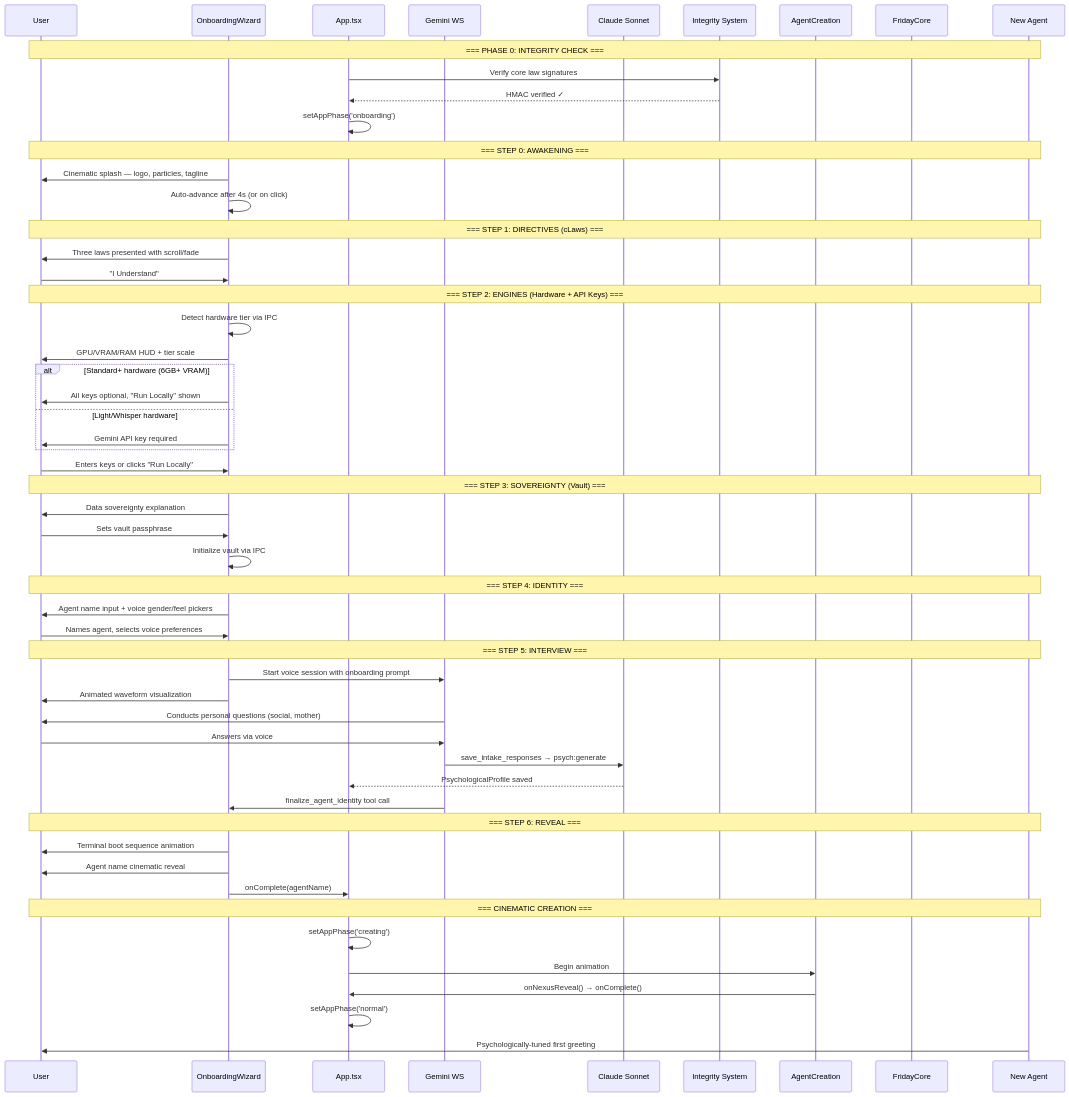
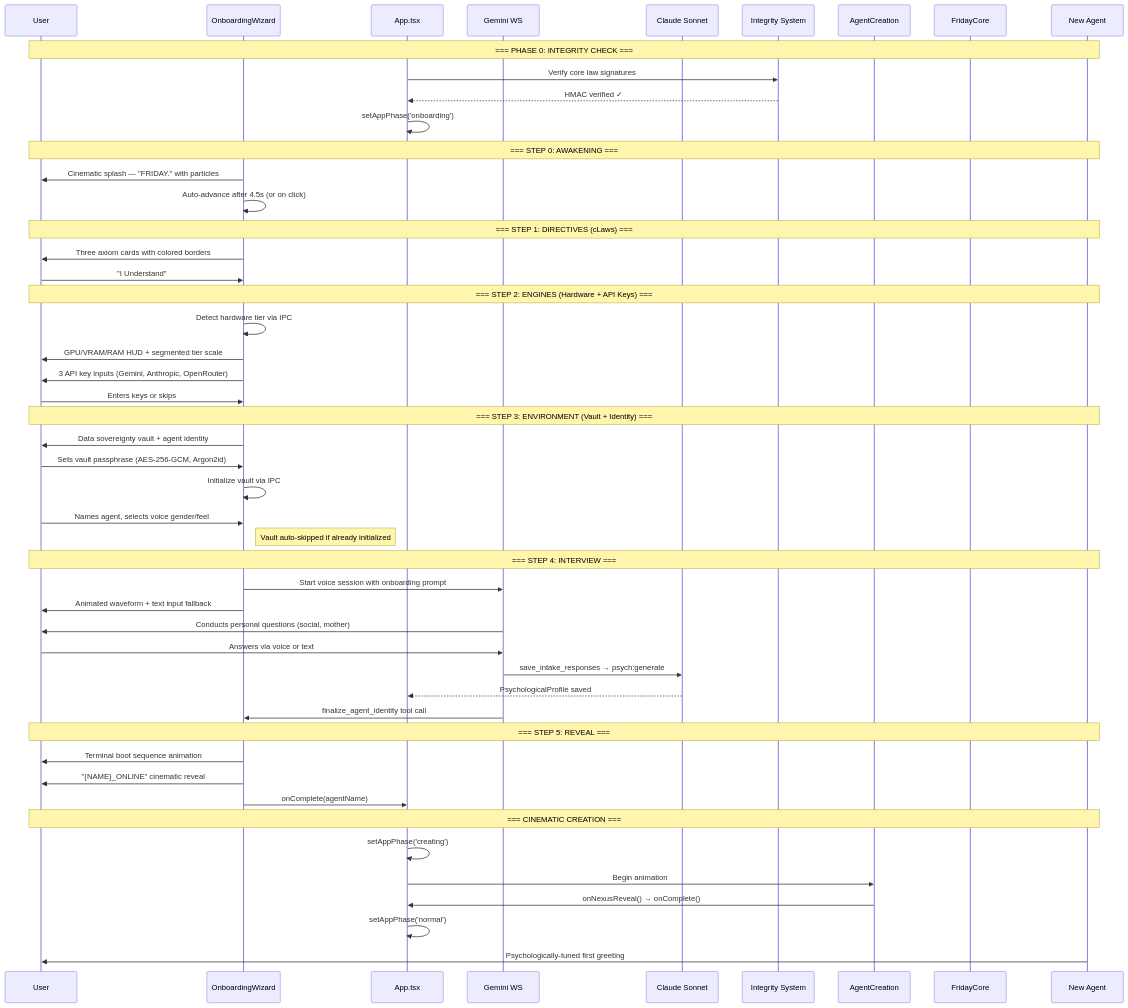
One commit to FutureSpeakAI/Agent-Friday changed diagram 13 of 19 in ARCHITECTURE.md. Above: the diagram before and after it, drawn with Mermaid. The commit also changed other lines of this file and 24 other files, not shown here.

First line of the commit message:
v3.5.0: Trust-First Onboarding — 8-step cinematic redesign

````diff
--- a/ARCHITECTURE.md
+++ b/ARCHITECTURE.md
@@ -1104,65 +1104,59 @@
 ```mermaid
 sequenceDiagram
     participant User
     participant Wizard as OnboardingWizard
     participant App as App.tsx
     participant Gemini as Gemini WS
     participant Claude as Claude Sonnet
     participant Integrity as Integrity System
     participant Creation as AgentCreation
     participant Friday as FridayCore
     participant Agent as New Agent
 
     Note over User, Agent: === PHASE 0: INTEGRITY CHECK ===
     App ->> Integrity: Verify core law signatures
     Integrity -->> App: HMAC verified ✓
     App ->> App: setAppPhase('onboarding')
 
     Note over User, Agent: === STEP 0: AWAKENING ===
-    Wizard ->> User: Cinematic splash — logo, particles, tagline
-    Wizard ->> Wizard: Auto-advance after 4s (or on click)
+    Wizard ->> User: Cinematic splash — "FRIDAY." with particles
+    Wizard ->> Wizard: Auto-advance after 4.5s (or on click)
 
     Note over User, Agent: === STEP 1: DIRECTIVES (cLaws) ===
-    Wizard ->> User: Three laws presented with scroll/fade
+    Wizard ->> User: Three axiom cards with colored borders
     User ->> Wizard: "I Understand"
 
     Note over User, Agent: === STEP 2: ENGINES (Hardware + API Keys) ===
     Wizard ->> Wizard: Detect hardware tier via IPC
-    Wizard ->> User: GPU/VRAM/RAM HUD + tier scale
-    alt Standard+ hardware (6GB+ VRAM)
-        Wizard ->> User: All keys optional, "Run Locally" shown
-    else Light/Whisper hardware
-        Wizard ->> User: Gemini API key required
-    end
-    User ->> Wizard: Enters keys or clicks "Run Locally"
+    Wizard ->> User: GPU/VRAM/RAM HUD + segmented tier scale
+    Wizard ->> User: 3 API key inputs (Gemini, Anthropic, OpenRouter)
+    User ->> Wizard: Enters keys or skips
 
-    Note over User, Agent: === STEP 3: SOVEREIGNTY (Vault) ===
-    Wizard ->> User: Data sovereignty explanation
-    User ->> Wizard: Sets vault passphrase
+    Note over User, Agent: === STEP 3: ENVIRONMENT (Vault + Identity) ===
+    Wizard ->> User: Data sovereignty vault + agent identity
+    User ->> Wizard: Sets vault passphrase (AES-256-GCM, Argon2id)
     Wizard ->> Wizard: Initialize vault via IPC
+    User ->> Wizard: Names agent, selects voice gender/feel
+    Note right of Wizard: Vault auto-skipped if already initialized
 
-    Note over User, Agent: === STEP 4: IDENTITY ===
-    Wizard ->> User: Agent name input + voice gender/feel pickers
-    User ->> Wizard: Names agent, selects voice preferences
-
-    Note over User, Agent: === STEP 5: INTERVIEW ===
+    Note over User, Agent: === STEP 4: INTERVIEW ===
     Wizard ->> Gemini: Start voice session with onboarding prompt
-    Wizard ->> User: Animated waveform visualization
+    Wizard ->> User: Animated waveform + text input fallback
     Gemini ->> User: Conducts personal questions (social, mother)
-    User ->> Gemini: Answers via voice
+    User ->> Gemini: Answers via voice or text
     Gemini ->> Claude: save_intake_responses → psych:generate
     Claude -->> App: PsychologicalProfile saved
     Gemini ->> Wizard: finalize_agent_identity tool call
 
-    Note over User, Agent: === STEP 6: REVEAL ===
+    Note over User, Agent: === STEP 5: REVEAL ===
     Wizard ->> User: Terminal boot sequence animation
-    Wizard ->> User: Agent name cinematic reveal
+    Wizard ->> User: "{NAME}_ONLINE" cinematic reveal
     Wizard ->> App: onComplete(agentName)
 
     Note over User, Agent: === CINEMATIC CREATION ===
     App ->> App: setAppPhase('creating')
     App ->> Creation: Begin animation
     Creation ->> App: onNexusReveal() → onComplete()
     App ->> App: setAppPhase('normal')
     Agent ->> User: Psychologically-tuned first greeting
 ```
````
